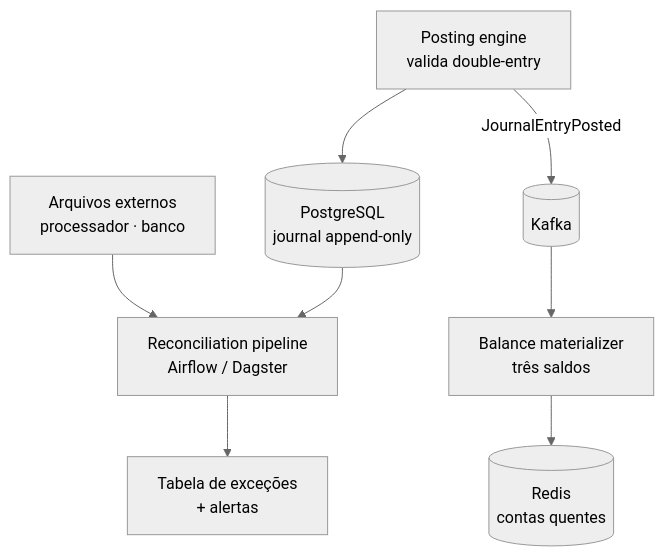
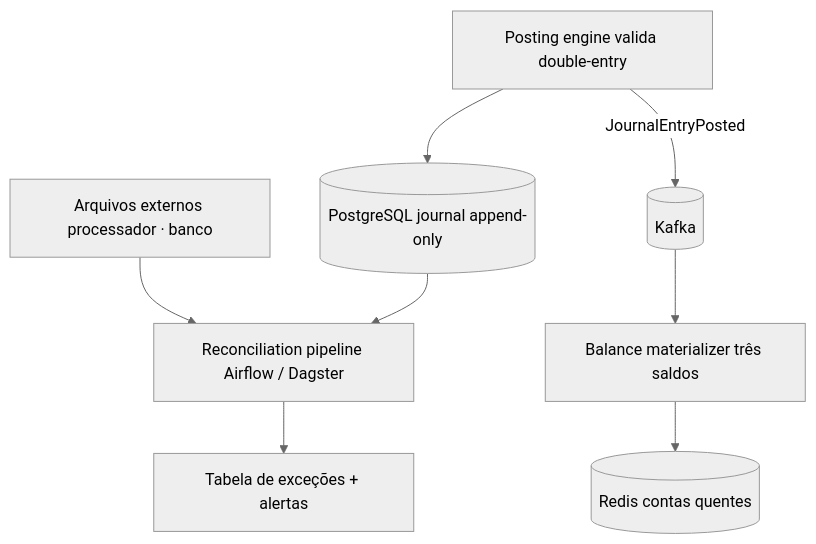
One commit to cesarschutz/cesarschutz.github.io changed the third of 3 diagrams in src/contents/posts/arquitetura-de-ledger.md. Above: the diagram before and after it, drawn with Mermaid (neutral theme). The commit also changed other lines of this file and 10 other files, not shown here.

First line of the commit message:
Blinda diagramas Mermaid: remove <br> e nós invisíveis dos rótulos

````diff
--- a/src/contents/posts/arquitetura-de-ledger.md
+++ b/src/contents/posts/arquitetura-de-ledger.md
@@ -446,10 +446,10 @@
 ```mermaid
 flowchart TD
-  PE[Posting engine<br>valida double-entry] --> PG[("PostgreSQL<br>journal append-only")]
+  PE[Posting engine valida double-entry] --> PG[("PostgreSQL journal append-only")]
   PE -->|JournalEntryPosted| K[(Kafka)]
-  K --> BM[Balance materializer<br>três saldos]
-  BM --> R[(Redis<br>contas quentes)]
-  EXT[Arquivos externos<br>processador · banco] --> RP[Reconciliation pipeline<br>Airflow / Dagster]
+  K --> BM[Balance materializer três saldos]
+  BM --> R[(Redis contas quentes)]
+  EXT[Arquivos externos processador · banco] --> RP[Reconciliation pipeline Airflow / Dagster]
   PG --> RP
-  RP --> EX[Tabela de exceções<br>+ alertas]
+  RP --> EX[Tabela de exceções + alertas]
 ```
````
